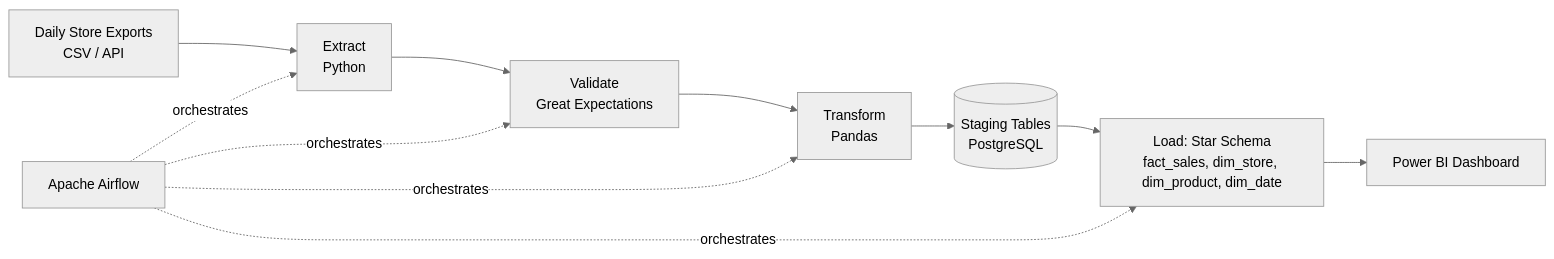
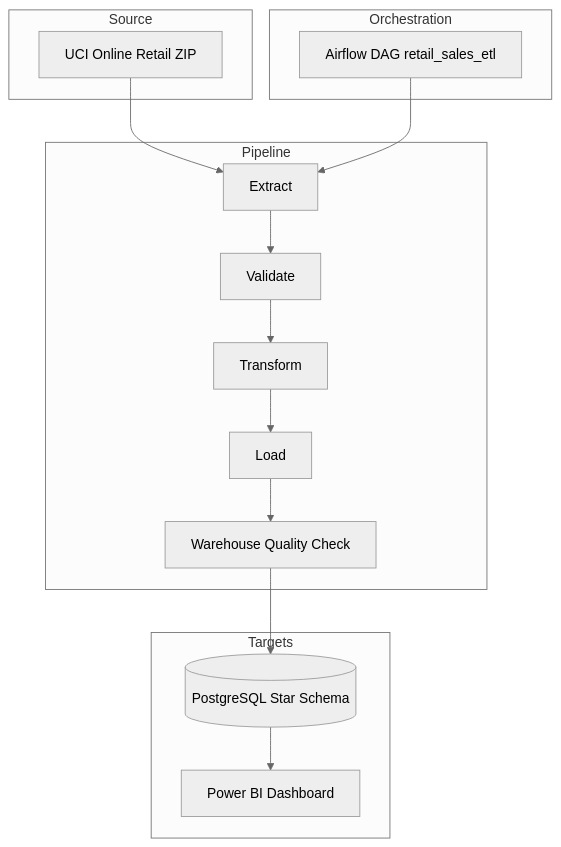
The first of 2 diagrams in data-engineering/retail-sales-etl-pipeline/README.md (suryalionael/Lionael-Surya), drawn with Mermaid (neutral theme) before and after one commit. The commit also changed other lines of this file and 32 other files, not shown here.

First line of the commit message:
feat: add Retail Sales ETL Pipeline to data-engineering

````diff
--- a/data-engineering/retail-sales-etl-pipeline/README.md
+++ b/data-engineering/retail-sales-etl-pipeline/README.md
@@ -15,13 +65,27 @@
 ```mermaid
-flowchart LR
-    A[Daily Store Exports<br/>CSV / API] --> B[Extract<br/>Python]
-    B --> C[Validate<br/>Great Expectations]
-    C --> D[Transform<br/>Pandas]
-    D --> E[(Staging Tables<br/>PostgreSQL)]
-    E --> F[Load: Star Schema<br/>fact_sales, dim_store, dim_product, dim_date]
-    F --> G[Power BI Dashboard]
-    H[Apache Airflow] -.orchestrates.-> B
-    H -.orchestrates.-> C
-    H -.orchestrates.-> D
-    H -.orchestrates.-> F
+flowchart TB
+    subgraph sources [Source]
+        UCI[UCI Online Retail ZIP]
+    end
+
+    subgraph orchestration [Orchestration]
+        AF[Airflow DAG retail_sales_etl]
+    end
+
+    subgraph pipeline [Pipeline]
+        E[Extract]
+        V[Validate]
+        T[Transform]
+        L[Load]
+        Q[Warehouse Quality Check]
+    end
+
+    subgraph targets [Targets]
+        PG[(PostgreSQL Star Schema)]
+        PBI[Power BI Dashboard]
+    end
+
+    UCI --> E
+    AF --> E
+    E --> V --> T --> L --> Q --> PG --> PBI
 ```
````
